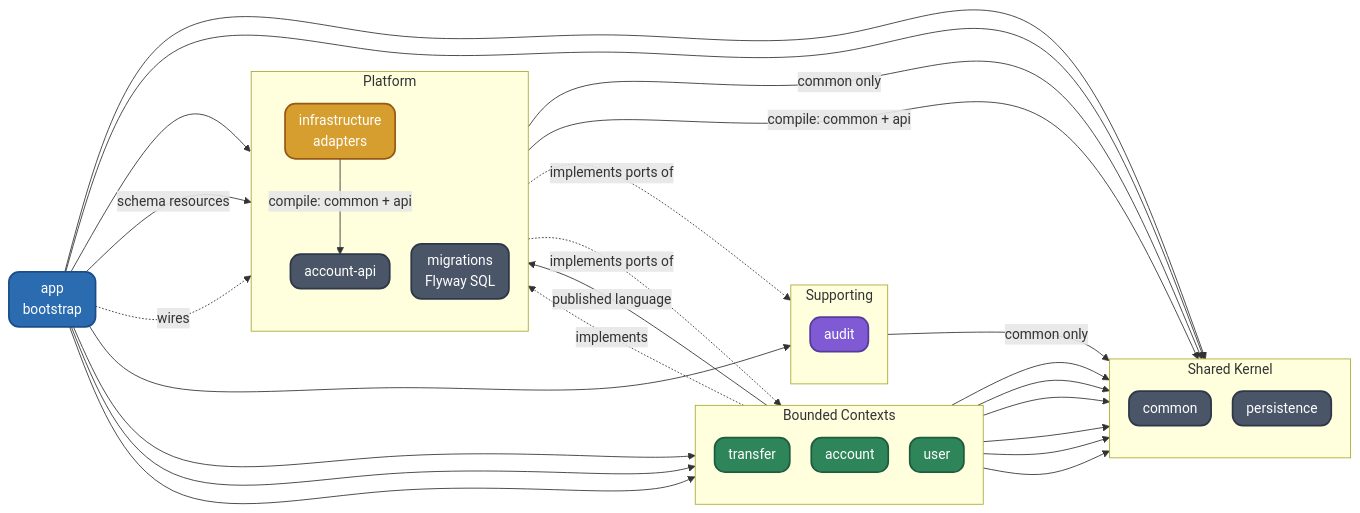
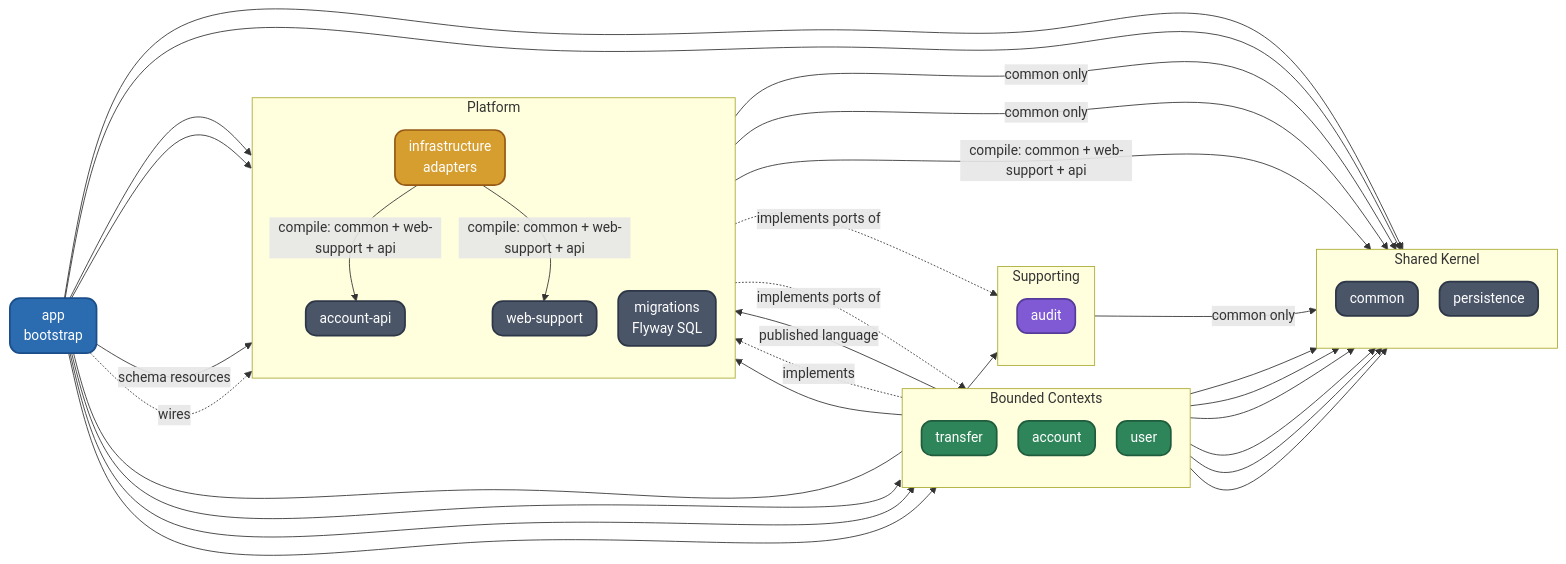
Before and after one commit to BerkanApaydin/core-banking: the diagram in readme.md, drawn with Mermaid. The commit also changed other lines of this file and 220 other files, not shown here.

First line of the commit message:
refactor: extract web-support and realign module boundaries

````diff
--- a/readme.md
+++ b/readme.md
@@ -75,49 +76,52 @@
 ```mermaid
 %%{init: {'flowchart': {'rankSpacing': 0, 'nodeSpacing': 25, 'curve': 'natural', 'padding': 0}}}%%
 graph LR
     classDef boot fill:#2B6CB0,stroke:#1A4E8A,color:#fff,stroke-width:2px,rx:12,ry:12;
     classDef ctx fill:#2F855A,stroke:#1F5C3D,color:#fff,stroke-width:2px,rx:12,ry:12;
     classDef support fill:#805AD5,stroke:#553C9A,color:#fff,stroke-width:2px,rx:12,ry:12;
     classDef plat fill:#4A5568,stroke:#2D3748,color:#fff,stroke-width:2px,rx:12,ry:12;
     classDef infraC fill:#D69E2E,stroke:#975A16,color:#fff,stroke-width:2px,rx:12,ry:12;
 
     app[app<br/>bootstrap]:::boot
 
     subgraph contexts[Bounded Contexts]
         direction TB
         transfer[transfer]:::ctx
         account[account]:::ctx
         user[user]:::ctx
     end
 
     subgraph supporting[Supporting]
         direction TB
         audit[audit]:::support
     end
 
     subgraph platform[Platform]
         direction TB
         api[account-api]:::plat
         migs[migrations<br/>Flyway SQL]:::plat
+        ws[web-support]:::plat
         infra[infrastructure<br/>adapters]:::infraC
     end
 
     subgraph shared[Shared Kernel]
         direction TB
         common[common]:::plat
         persistence[persistence]:::plat
     end
 
     app --> transfer & account & user & audit
-    app --> common & persistence
+    app --> common & persistence & ws
     app --> api
     app -- schema resources --> migs
     app -. wires .-> infra
     transfer -- published language --> api
     account -. implements .-> api
     transfer & account & user --> common & persistence
+    user --> ws
     audit -- common only --> common
     api -- common only --> common
-    infra -- compile: common + api --> common & api
+    ws -- common only --> common
+    infra -- compile: common + web-support + api --> common & ws & api
     infra -. implements ports of .-> user & audit
 ```
````
